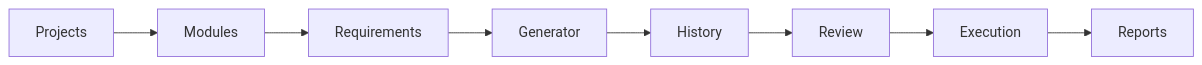
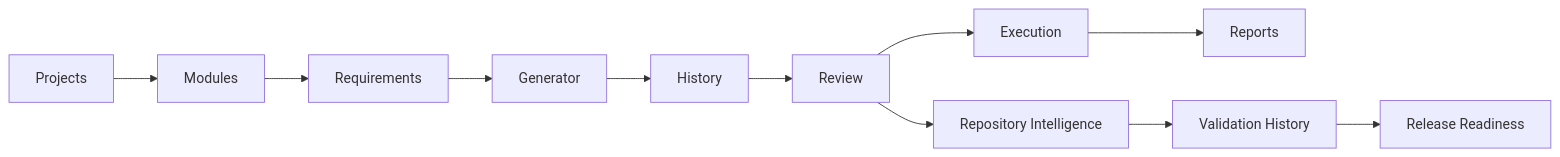
The diagram in docs/08-Core-Features.md (dksable/ai-qa-copilot-fe), drawn with Mermaid before and after one commit. The commit also changed other lines of this file and 27 other files, not shown here.

Commit message:
Add v2 validation intelligence UI and docs

````diff
--- a/docs/08-Core-Features.md
+++ b/docs/08-Core-Features.md
@@ -29,4 +34,7 @@
 ```mermaid
 flowchart LR
   Projects --> Modules --> Requirements --> Generator --> History --> Review --> Execution --> Reports
+  Review --> RepositoryIntelligence["Repository Intelligence"]
+  RepositoryIntelligence --> Validation["Validation History"]
+  Validation --> Readiness["Release Readiness"]
 ```
````
